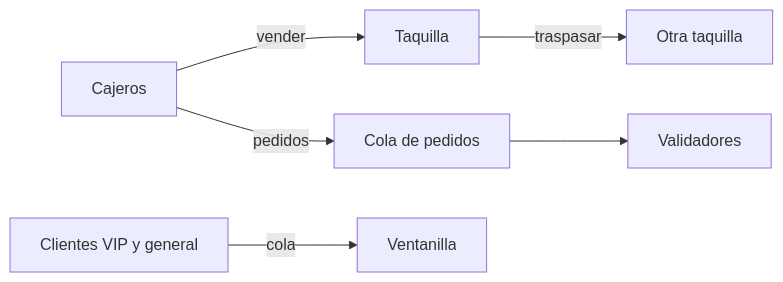
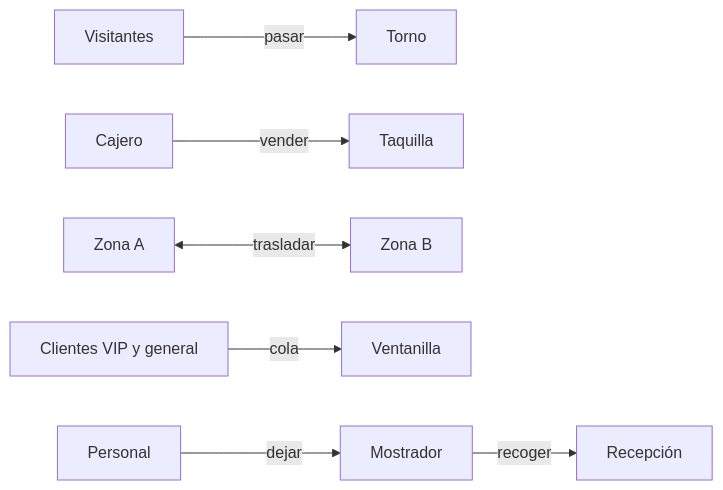
The first of 2 diagrams in contenido/piezas/psp/multihilo/taquilla-festival.md (kohee-dev/onyon-knight), drawn with Mermaid before and after one commit. The commit also changed other lines of this file, not shown here.

First line of the commit message:
content: taquilla del festival con partes renombradas, tornos y objetos perdidos, código sin lambdas ni AtomicInteger y redacción más cercana (#43)

````diff
--- a/contenido/piezas/psp/multihilo/taquilla-festival.md
+++ b/contenido/piezas/psp/multihilo/taquilla-festival.md
@@ -24,8 +26,8 @@
 ```mermaid
 flowchart LR
-    C[Cajeros] -->|vender| T[Taquilla]
-    T -->|traspasar| T2[Otra taquilla]
-    V[Clientes VIP y general] -->|cola| VE[Ventanilla]
-    C -->|pedidos| Q[Cola de pedidos]
-    Q --> VA[Validadores]
+    V[Visitantes] -->|pasar| T[Torno]
+    C[Cajero] -->|vender| Q[Taquilla]
+    ZA[Zona A] <-->|trasladar| ZB[Zona B]
+    CL[Clientes VIP y general] -->|cola| VE[Ventanilla]
+    P[Personal] -->|dejar| M[Mostrador] -->|recoger| R[Recepción]
 ```
````
